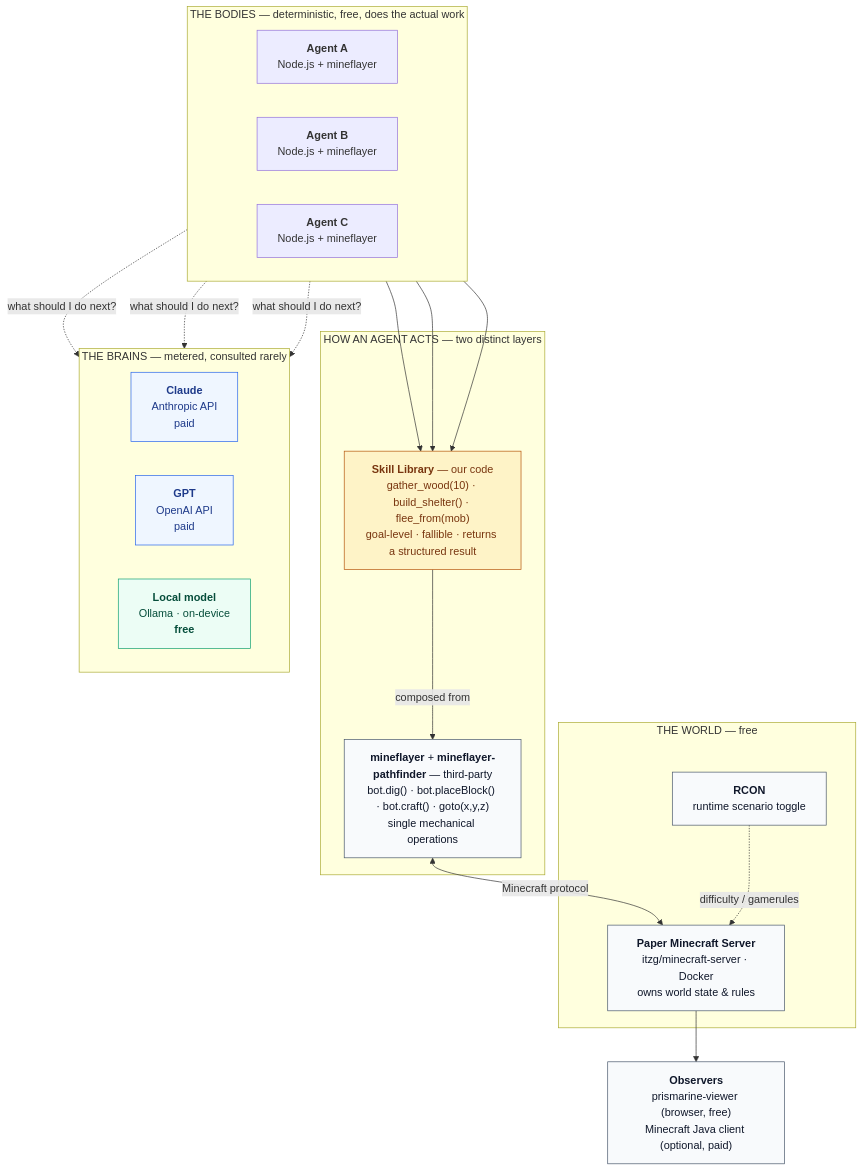
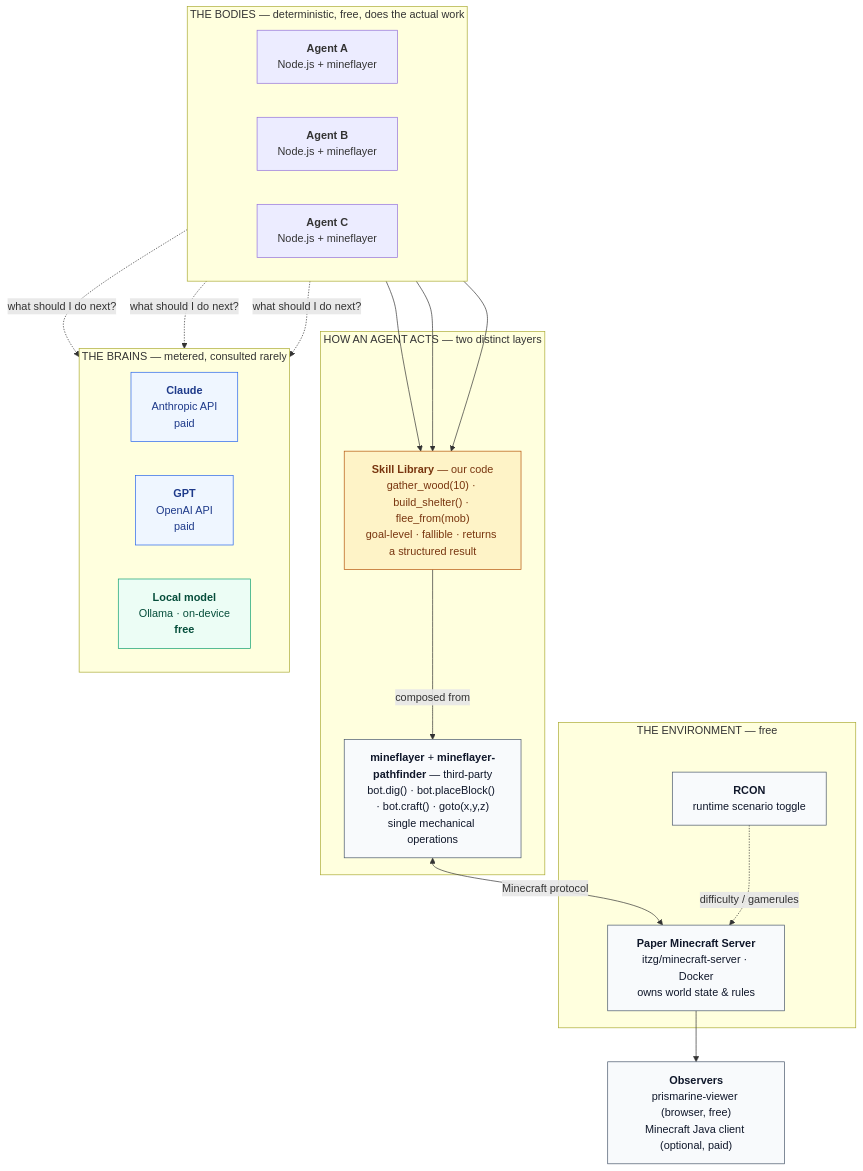
One commit to RaymanRJ/multi-agent-experimentation changed the second of 2 diagrams in README.md. Above: the diagram before and after it, drawn with Mermaid. The commit also changed other lines of this file, not shown here.

Commit message:
Rewrite the README around hands-off agents with a goal and tools, put the control loop first, and say plainly that Minecraft is only a convenient environment.

````diff
--- a/README.md
+++ b/README.md
@@ -119,51 +171,51 @@
 ```mermaid
 flowchart TB
-    subgraph WORLD["THE WORLD — free"]
+    subgraph WORLD["THE ENVIRONMENT — free"]
         PAPER["<b>Paper Minecraft Server</b><br/>itzg/minecraft-server · Docker<br/>owns world state &amp; rules"]
         RCON["<b>RCON</b><br/>runtime scenario toggle"]
     end
 
     subgraph BODIES["THE BODIES — deterministic, free, does the actual work"]
         direction LR
         A["<b>Agent A</b><br/>Node.js + mineflayer"]
         B["<b>Agent B</b><br/>Node.js + mineflayer"]
         C["<b>Agent C</b><br/>Node.js + mineflayer"]
     end
 
     subgraph ACTION["HOW AN AGENT ACTS — two distinct layers"]
         SKILLS["<b>Skill Library</b> — our code<br/>gather_wood(10) · build_shelter() · flee_from(mob)<br/>goal-level · fallible · returns a structured result"]
         MF["<b>mineflayer</b> + <b>mineflayer-pathfinder</b> — third-party<br/>bot.dig() · bot.placeBlock() · bot.craft() · goto(x,y,z)<br/>single mechanical operations"]
         SKILLS -->|"composed from"| MF
     end
 
     subgraph BRAINS["THE BRAINS — metered, consulted rarely"]
         direction LR
         CLAUDE["<b>Claude</b><br/>Anthropic API<br/>paid"]
         GPT["<b>GPT</b><br/>OpenAI API<br/>paid"]
         LOCAL["<b>Local model</b><br/>Ollama · on-device<br/><b>free</b>"]
     end
 
     VIEW["<b>Observers</b><br/>prismarine-viewer (browser, free)<br/>Minecraft Java client (optional, paid)"]
 
     A --> SKILLS
     B --> SKILLS
     C --> SKILLS
 
     MF <-->|"Minecraft protocol"| PAPER
     RCON -.->|"difficulty / gamerules"| PAPER
 
     A -.->|"what should I do next?"| CLAUDE
     B -.->|"what should I do next?"| GPT
     C -.->|"what should I do next?"| LOCAL
 
     PAPER --> VIEW
 
     classDef free fill:#ecfdf5,stroke:#0e9f6e,color:#064e3b
     classDef paid fill:#eff6ff,stroke:#2563eb,color:#1e3a8a
     classDef world fill:#f8fafc,stroke:#475569,color:#0f172a
     class LOCAL free
     class CLAUDE,GPT paid
     classDef ours fill:#fef3c7,stroke:#b45309,color:#78350f
     class PAPER,RCON,VIEW,MF world
     class SKILLS ours
 ```
````
